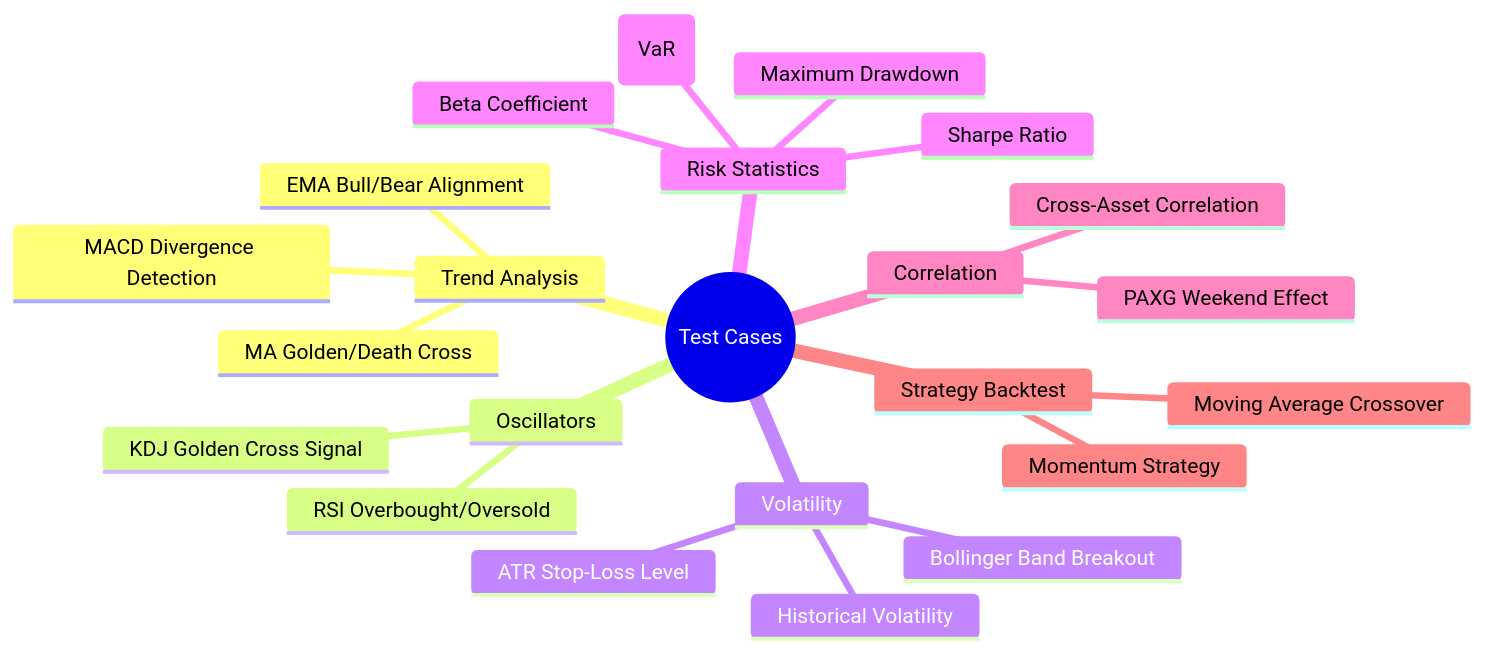
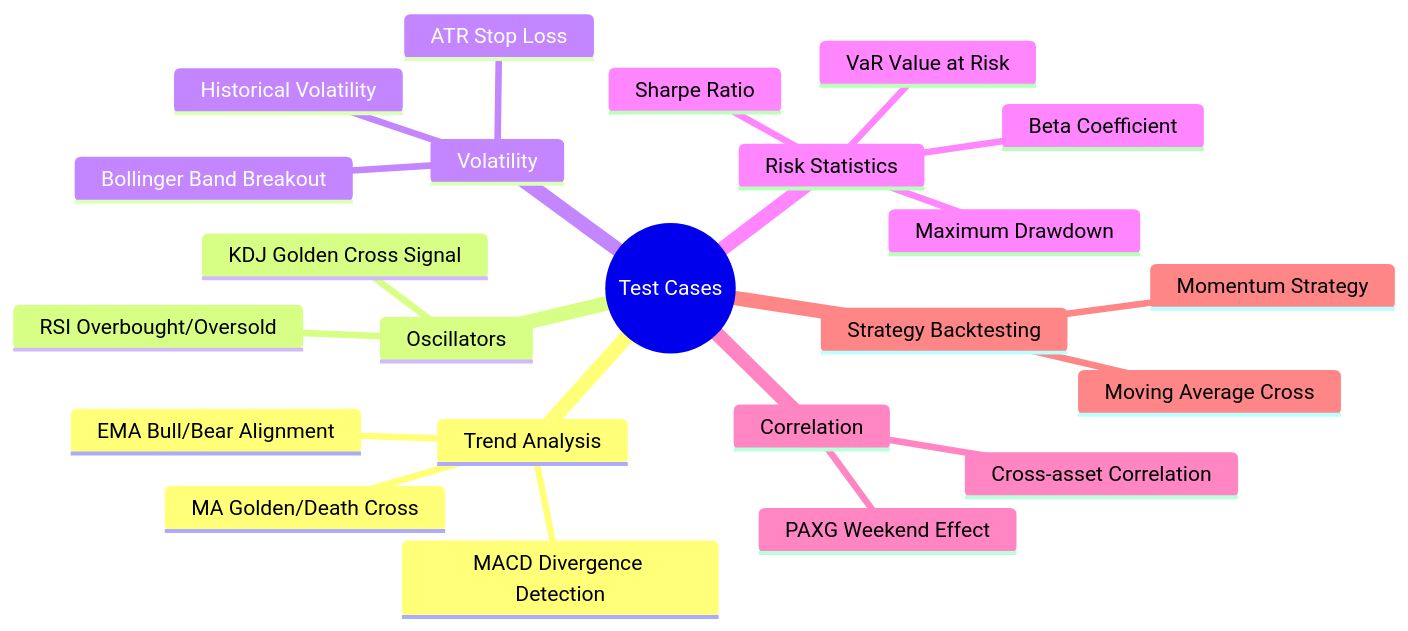
One commit to RESBI/StockStatistic changed diagram 16 of 23 in DESIGN.md. Above: the diagram before and after it, drawn with Mermaid. The commit also changed other lines of this file, not shown here.

````diff
--- a/DESIGN.md
+++ b/DESIGN.md
@@ -1143,26 +1158,26 @@
 ```mermaid
 mindmap
   root((Test Cases))
     Trend Analysis
       MA Golden/Death Cross
       EMA Bull/Bear Alignment
       MACD Divergence Detection
     Oscillators
       RSI Overbought/Oversold
       KDJ Golden Cross Signal
     Volatility
       Historical Volatility
-      ATR Stop-Loss Level
+      ATR Stop Loss
       Bollinger Band Breakout
     Risk Statistics
       Beta Coefficient
       Maximum Drawdown
-      Value at Risk (VaR)
+      VaR Value at Risk
       Sharpe Ratio
     Correlation
-      Cross-Asset Correlation
+      Cross-asset Correlation
       PAXG Weekend Effect
-    Strategy Backtest
-      Moving Average Crossover
+    Strategy Backtesting
+      Moving Average Cross
       Momentum Strategy
 ```
````
